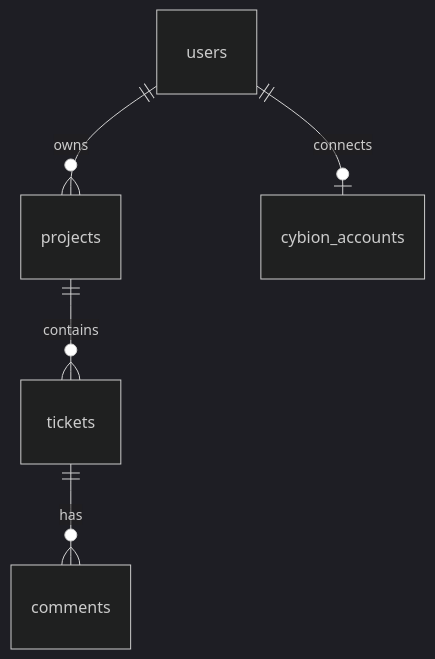
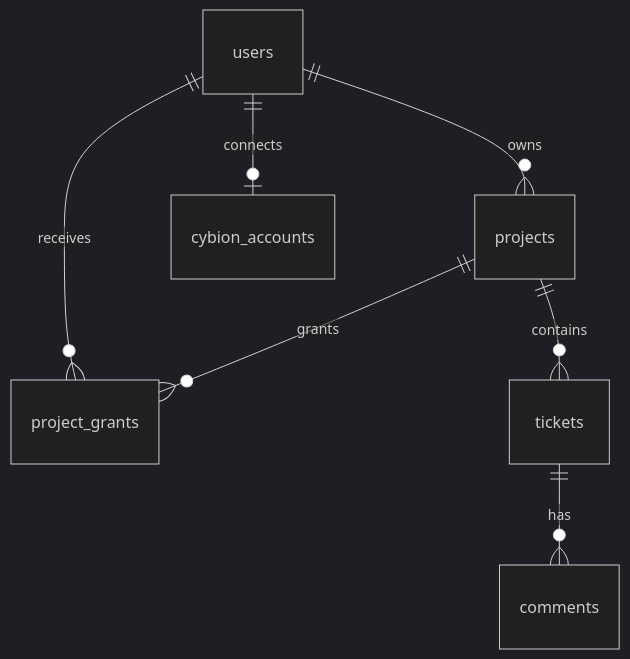
One commit to zccz14/tickets changed the second of 5 diagrams in DESIGN.md. Above: the diagram before and after it, drawn with Mermaid (dark theme). The commit also changed other lines of this file and 16 other files, not shown here.

````diff
--- a/DESIGN.md
+++ b/DESIGN.md
@@ -41,7 +41,9 @@
 ```mermaid
 erDiagram
     users ||--o{ projects : owns
     users ||--o| cybion_accounts : connects
+    projects ||--o{ project_grants : grants
+    users ||--o{ project_grants : receives
     projects ||--o{ tickets : contains
     tickets ||--o{ comments : has
 ```
````
